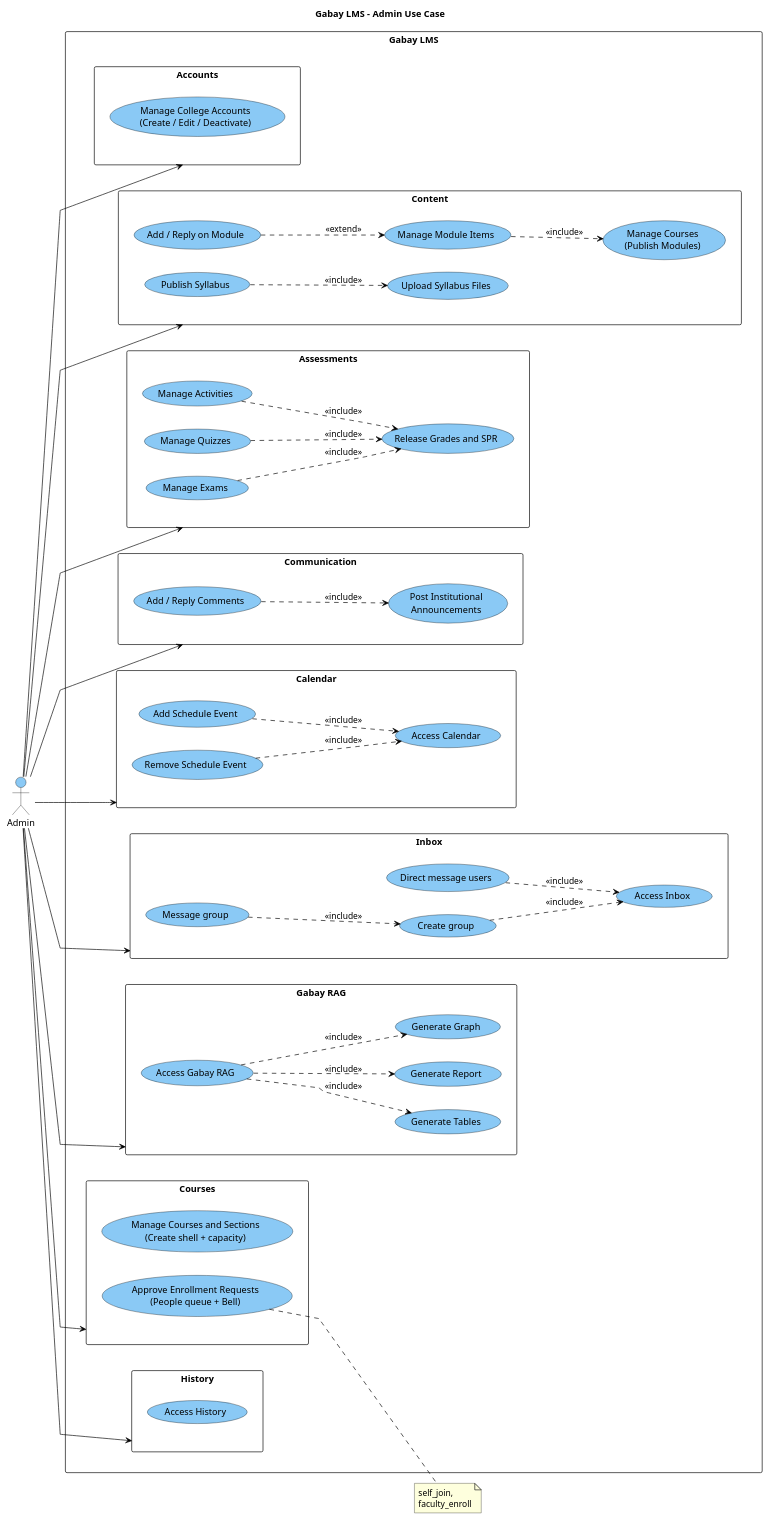
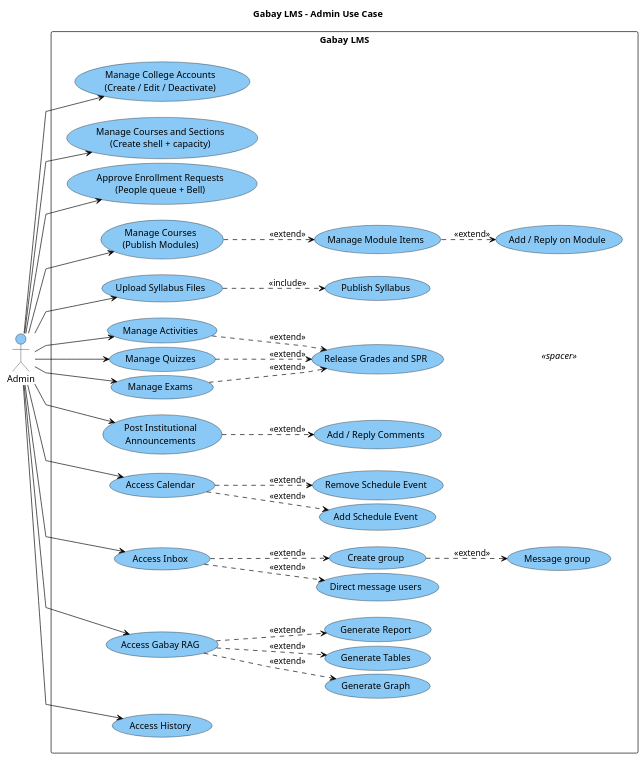
Before and after one commit to Axxues/Gabay-Prototype: the diagram in docs/diagrams/usecase-admin.puml, drawn with PlantUML. The commit also changed 445 other files, not shown here.

```diff
--- a/docs/diagrams/usecase-admin.puml
+++ b/docs/diagrams/usecase-admin.puml
@@ -1,95 +1,108 @@
 @startuml
 title Gabay LMS - Admin Use Case
 left to right direction
-skinparam packageStyle rectangle
 skinparam usecase {
   BackgroundColor #8AC9F5
   BorderColor black
 }
 skinparam actor {
   BackgroundColor #8AC9F5
   BorderColor black
 }
-skinparam package {
+skinparam rectangle {
   BackgroundColor white
   BorderColor black
 }
+skinparam usecase<<spacer>> {
+  BackgroundColor none
+  BorderColor white
+  FontColor white
+}
 skinparam arrowColor black
 skinparam linetype polyline
+skinparam nodesep 6
+skinparam ranksep 12
 
 actor "Admin" as Admin
 
 rectangle "Gabay LMS" {
-  package "Accounts" as P1 {
+  together {
     usecase "Manage College Accounts\n(Create / Edit / Deactivate)" as UC1
   }
-  package "Courses" as P2 {
+  together {
     usecase "Manage Courses and Sections\n(Create shell + capacity)" as UC2
     usecase "Approve Enrollment Requests\n(People queue + Bell)" as UC3
   }
-  package "Content" as P3 {
+  together {
     usecase "Manage Courses\n(Publish Modules)" as UC4
     usecase "Manage Module Items" as UC4a
     usecase "Add / Reply on Module" as UC4b
+  }
+  together {
     usecase "Upload Syllabus Files" as UC5a
     usecase "Publish Syllabus" as UC5b
   }
-  package "Assessments" as P4 {
+  together {
     usecase "Manage Activities" as UC6a
     usecase "Manage Quizzes" as UC6b
     usecase "Manage Exams" as UC6c
     usecase "Release Grades and SPR" as UC6d
+    usecase " " as SP6d <<spacer>>
   }
-  package "Communication" as P5 {
+  together {
     usecase "Post Institutional\nAnnouncements" as UC7
     usecase "Add / Reply Comments" as UC7b
   }
-  package "Calendar" as P6 {
+  together {
     usecase "Access Calendar" as UC8
     usecase "Add Schedule Event" as UC8a
     usecase "Remove Schedule Event" as UC8b
   }
-  package "Inbox" as P7 {
+  together {
     usecase "Access Inbox" as UC9
     usecase "Direct message users" as UC9a
     usecase "Create group" as UC9b
     usecase "Message group" as UC9c
   }
-  package "Gabay RAG" as P8 {
+  together {
     usecase "Access Gabay RAG" as UCRAG
     usecase "Generate Graph" as UCRAG_G
     usecase "Generate Tables" as UCRAG_T
     usecase "Generate Report" as UCRAG_R
   }
-  package "History" as P9 {
+  together {
     usecase "Access History" as UC10
   }
 }
 
-Admin --> P1
-Admin --> P2
-Admin --> P3
-Admin --> P4
-Admin --> P5
-Admin --> P6
-Admin --> P7
-Admin --> P8
-Admin --> P9
+Admin --> UC1
+Admin --> UC2
+Admin --> UC3
+Admin --> UC4
+Admin --> UC5a
+Admin --> UC6a
+Admin --> UC6b
+Admin --> UC6c
+Admin --> UC7
+Admin --> UC8
+Admin --> UC9
+Admin --> UCRAG
+Admin --> UC10
 
-UC4a ..> UC4 : <<include>>
-UC4b ..> UC4a : <<extend>>
-UC5b ..> UC5a : <<include>>
-UC6a ..> UC6d : <<include>>
-UC6b ..> UC6d : <<include>>
-UC6c ..> UC6d : <<include>>
-UC7b ..> UC7 : <<include>>
-UC8a ..> UC8 : <<include>>
-UC8b ..> UC8 : <<include>>
-UC9a ..> UC9 : <<include>>
-UC9b ..> UC9 : <<include>>
-UC9c ..> UC9b : <<include>>
-UCRAG ..> UCRAG_G : <<include>>
-UCRAG ..> UCRAG_T : <<include>>
-UCRAG ..> UCRAG_R : <<include>>
-note right of UC3 : self_join,\nfaculty_enroll
+UC4 ..> UC4a : <<extend>>
+UC4a ..> UC4b : <<extend>>
+UC5a ..> UC5b : <<include>>
+UC6a ..> UC6d : <<extend>>
+UC6b ..> UC6d : <<extend>>
+UC6c ..> UC6d : <<extend>>
+UC7 ..> UC7b : <<extend>>
+UC8 ..> UC8a : <<extend>>
+UC8 ..> UC8b : <<extend>>
+UC9 ..> UC9a : <<extend>>
+UC9 ..> UC9b : <<extend>>
+UC9b ..> UC9c : <<extend>>
+UCRAG ..> UCRAG_G : <<extend>>
+UCRAG ..> UCRAG_T : <<extend>>
+UCRAG ..> UCRAG_R : <<extend>>
+UC6d -[hidden]down-> SP6d
 @enduml
```
